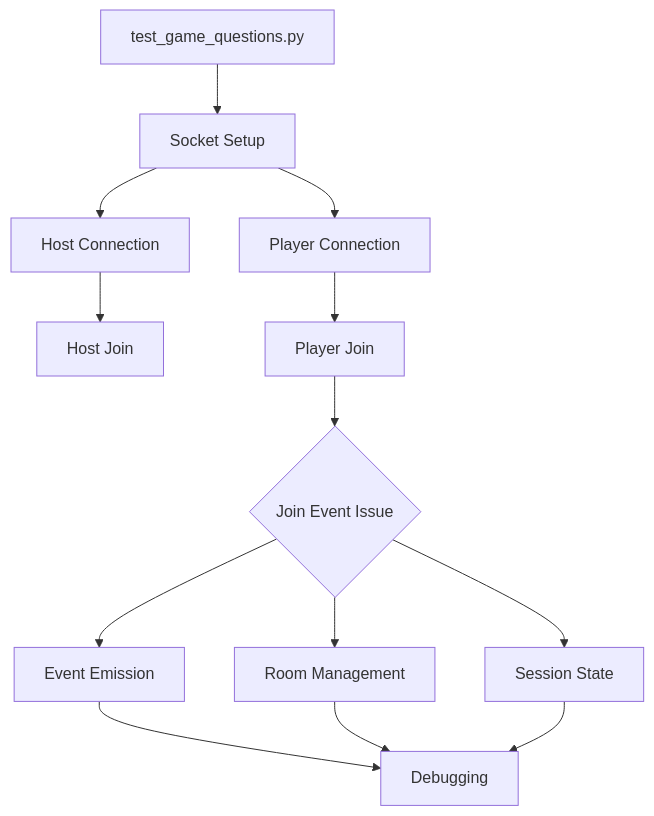
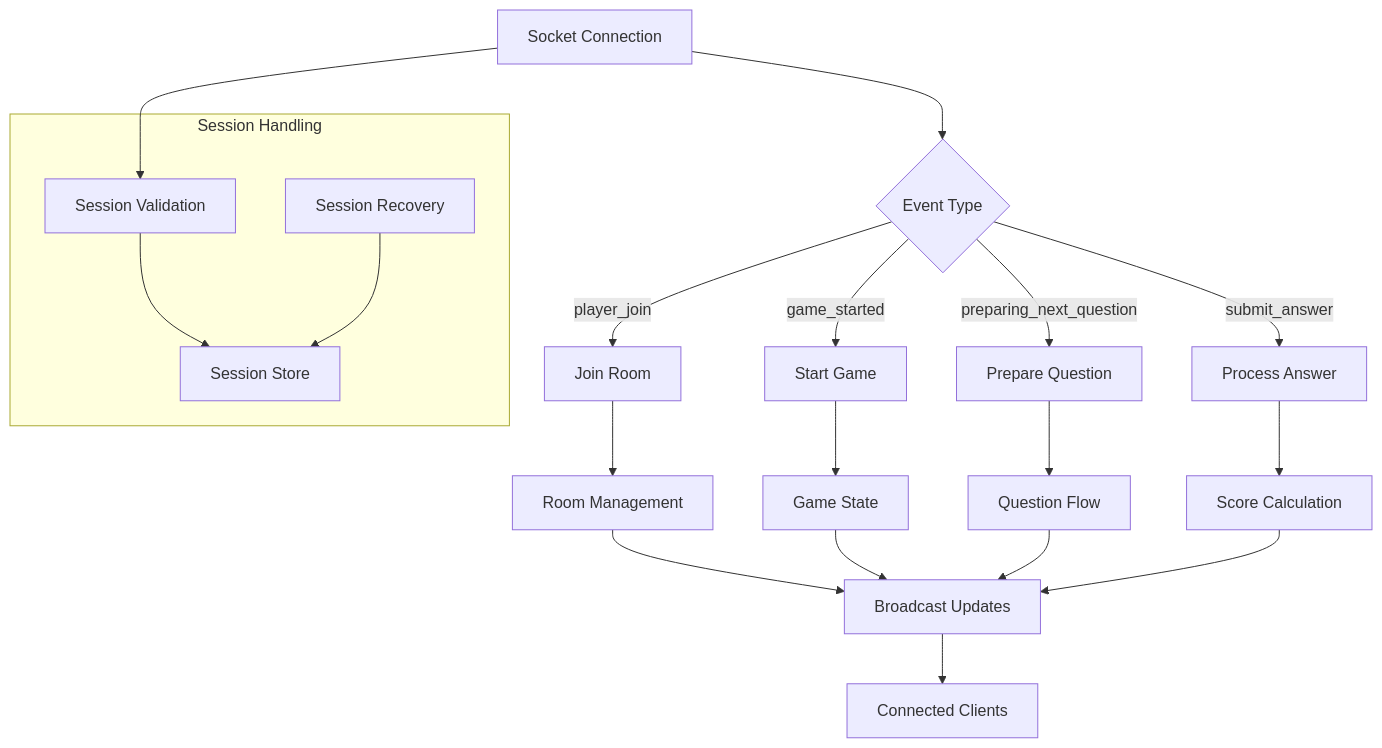
Before and after one commit to PoliTwit1984/kentrivia: the fourth of 4 diagrams in diagram.md, drawn with Mermaid. The commit also changed other lines of this file and 58 other files, not shown here.

Commit message:
Add initial application configuration, environment setup, and test data script - convert to node.js

````diff
--- a/diagram.md
+++ b/diagram.md
@@ -108,18 +113,31 @@
 ```mermaid
 graph TD
-    A[test_game_questions.py] --> B[Socket Setup]
-    B --> C[Host Connection]
-    B --> D[Player Connection]
+    A[Socket Connection] --> B{Event Type}
     
-    C --> E[Host Join]
-    D --> F[Player Join]
-    F --> G{Join Event Issue}
+    B -->|player_join| C[Join Room]
+    B -->|game_started| D[Start Game]
+    B -->|preparing_next_question| E[Prepare Question]
+    B -->|submit_answer| F[Process Answer]
     
-    G --> H[Event Emission]
-    G --> I[Room Management]
-    G --> J[Session State]
+    C --> G[Room Management]
+    D --> H[Game State]
+    E --> I[Question Flow]
+    F --> J[Score Calculation]
     
-    H --> K[Debugging]
+    G --> K[Broadcast Updates]
+    H --> K
     I --> K
     J --> K
+    
+    K --> L[Connected Clients]
+
+    subgraph Session Handling
+        M[Session Validation]
+        N[Session Store]
+        O[Session Recovery]
+    end
+
+    A --> M
+    M --> N
+    O --> N
 ```
````
